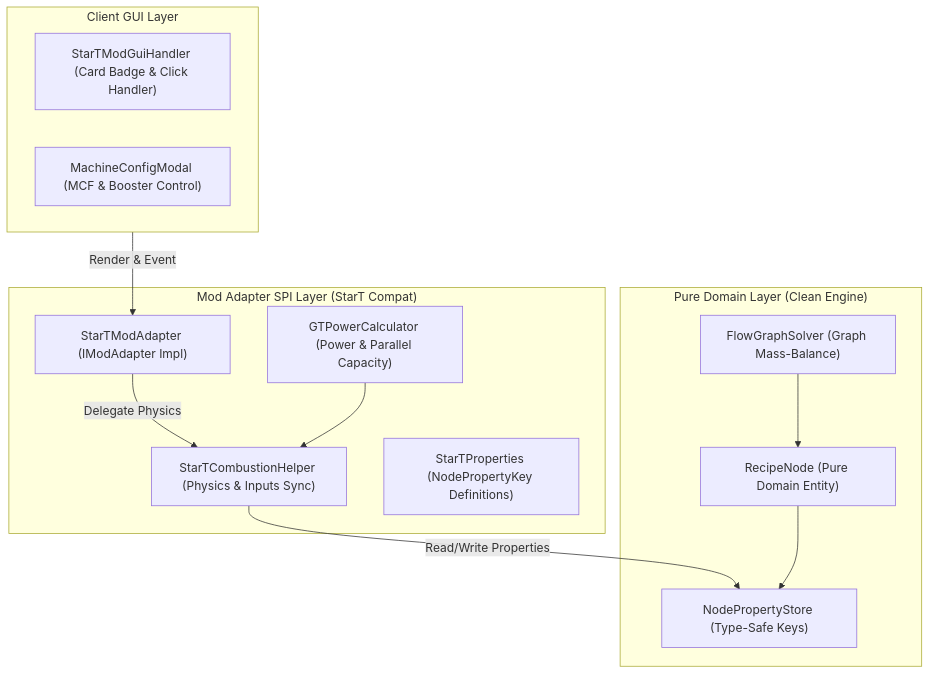
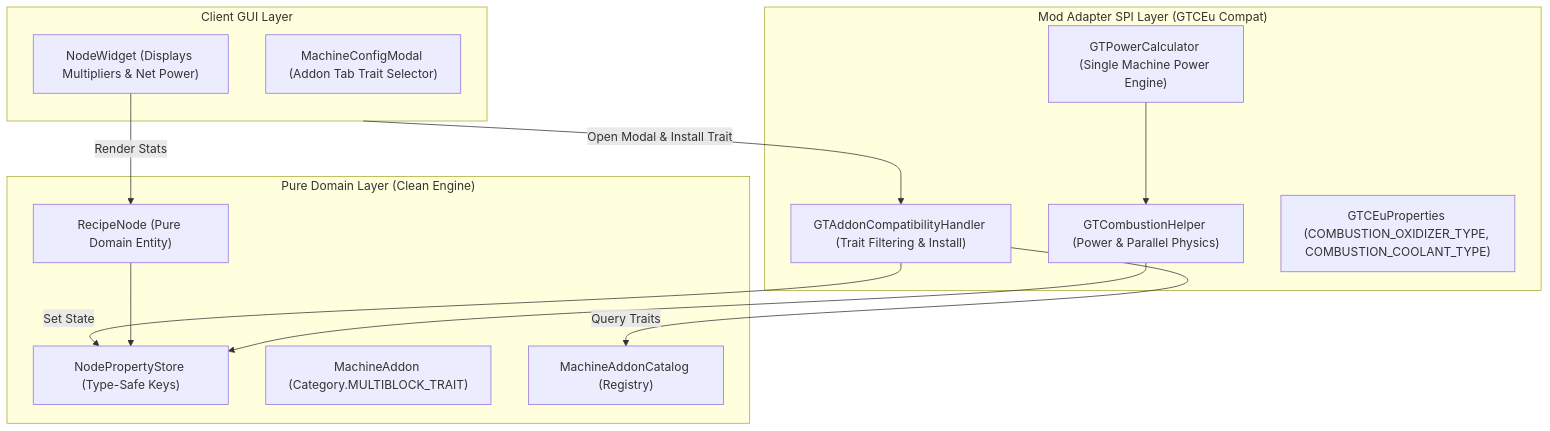
The first of 2 diagrams in docs/RFC_013_MODULAR_COMBUSTION_COMPLEX_INTEGRATION.md (Amvermain/GregTechCalculatorBoard), drawn with Mermaid before and after one commit. The commit also changed other lines of this file and 155 other files, not shown here.

````diff
--- a/docs/RFC_013_MODULAR_COMBUSTION_COMPLEX_INTEGRATION.md
+++ b/docs/RFC_013_MODULAR_COMBUSTION_COMPLEX_INTEGRATION.md
@@ -47,27 +50,29 @@
 ```mermaid
 flowchart TD
     subgraph Client_GUI_Layer ["Client GUI Layer"]
-        StarTModGuiHandler["StarTModGuiHandler (Card Badge & Click Handler)"]
-        MachineConfigModal["MachineConfigModal (MCF & Booster Control)"]
+        MachineConfigModal["MachineConfigModal (Addon Tab Trait Selector)"]
+        NodeWidget["NodeWidget (Displays Multipliers & Net Power)"]
     end
 
     subgraph Pure_Domain_Layer ["Pure Domain Layer (Clean Engine)"]
         RecipeNode["RecipeNode (Pure Domain Entity)"]
         NodePropertyStore["NodePropertyStore (Type-Safe Keys)"]
-        FlowGraphSolver["FlowGraphSolver (Graph Mass-Balance)"]
+        MachineAddon["MachineAddon (Category.MULTIBLOCK_TRAIT)"]
+        MachineAddonCatalog["MachineAddonCatalog (Registry)"]
     end
 
-    subgraph Mod_Adapter_SPI_Layer ["Mod Adapter SPI Layer (StarT Compat)"]
-        StarTModAdapter["StarTModAdapter (IModAdapter Impl)"]
-        StarTCombustionHelper["StarTCombustionHelper (Physics & Inputs Sync)"]
-        StarTProperties["StarTProperties (NodePropertyKey Definitions)"]
-        GTPowerCalculator["GTPowerCalculator (Power & Parallel Capacity)"]
+    subgraph Mod_Adapter_SPI_Layer ["Mod Adapter SPI Layer (GTCEu Compat)"]
+        GTAddonCompatibilityHandler["GTAddonCompatibilityHandler (Trait Filtering & Install)"]
+        GTCombustionHelper["GTCombustionHelper (Power & Parallel Physics)"]
+        GTPowerCalculator["GTPowerCalculator (Single Machine Power Engine)"]
+        GTCEuProperties["GTCEuProperties (COMBUSTION_OXIDIZER_TYPE, COMBUSTION_COOLANT_TYPE)"]
     end
 
-    Client_GUI_Layer -->|Render & Event| StarTModAdapter
-    StarTModAdapter -->|Delegate Physics| StarTCombustionHelper
-    StarTCombustionHelper -->|Read/Write Properties| NodePropertyStore
+    Client_GUI_Layer -->|Open Modal & Install Trait| GTAddonCompatibilityHandler
+    GTAddonCompatibilityHandler -->|Query Traits| MachineAddonCatalog
+    GTAddonCompatibilityHandler -->|Set State| NodePropertyStore
     RecipeNode --> NodePropertyStore
-    GTPowerCalculator --> StarTCombustionHelper
-    FlowGraphSolver --> RecipeNode
+    GTPowerCalculator --> GTCombustionHelper
+    GTCombustionHelper --> NodePropertyStore
+    NodeWidget -->|Render Stats| RecipeNode
 ```
````
